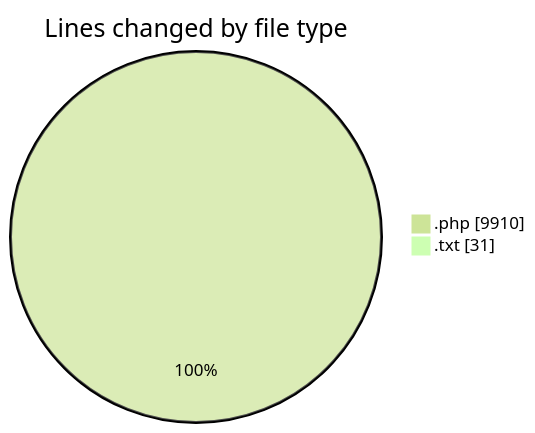
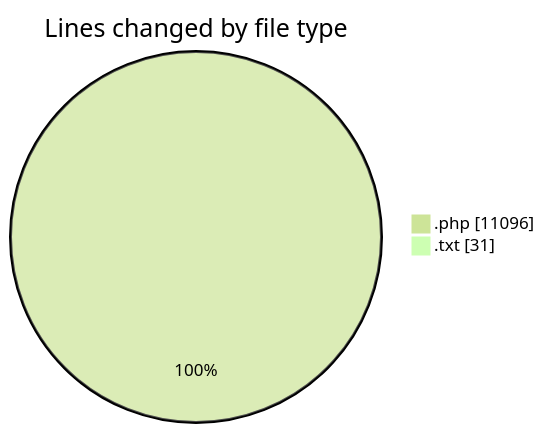
One commit to debugP/code-tracking changed the first of 2 diagrams in 2025-10-17/untitled__workspace_/README.md. Above: the diagram before and after it, drawn with Mermaid (forest theme). The commit also changed other lines of this file and 1 other file, not shown here.

````diff
--- a/2025-10-17/untitled__workspace_/README.md
+++ b/2025-10-17/untitled__workspace_/README.md
@@ -25,6 +26,6 @@
 ```mermaid
 pie showData
 title Lines changed by file type
-".php" : 9910
+".php" : 11096
 ".txt" : 31
 ```
````
